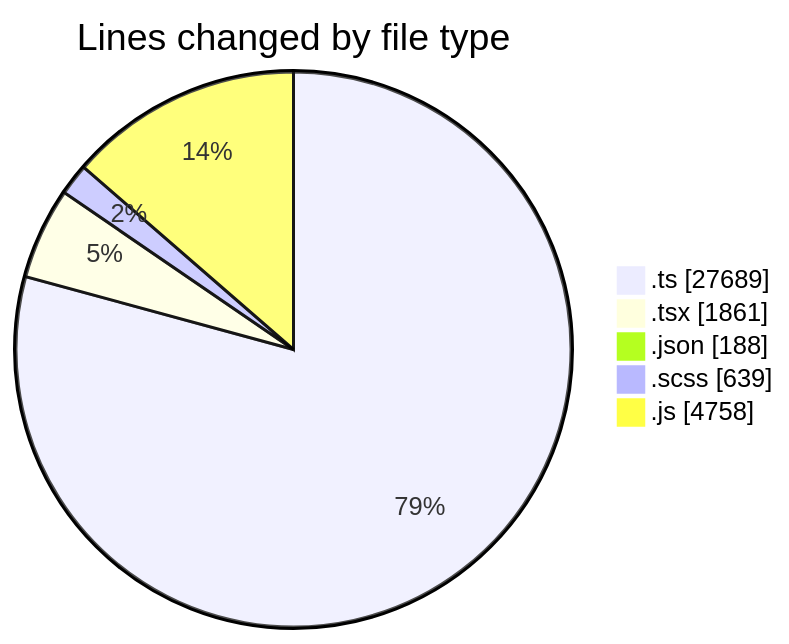
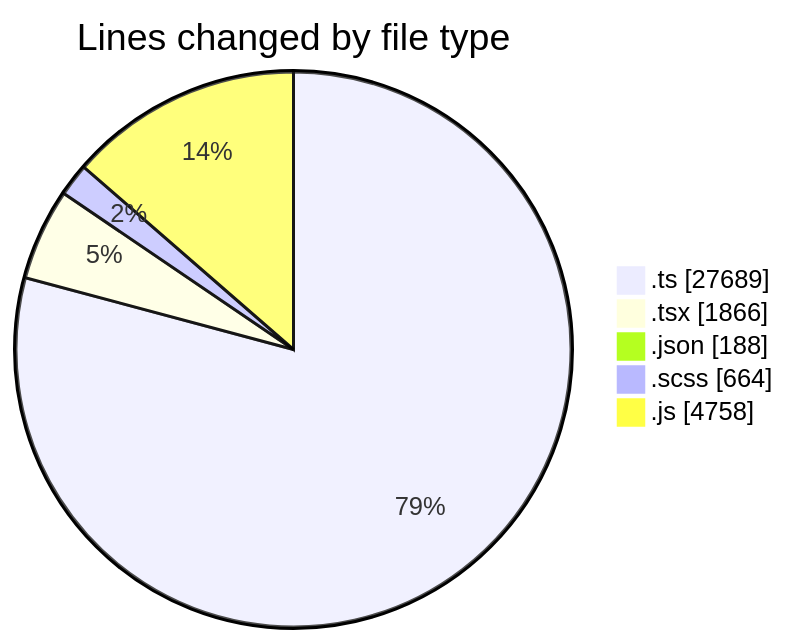
The first of 2 diagrams in 2026-05-07/cda/README.md (momahboobian/code-tracking), drawn with Mermaid before and after one commit. The commit also changed other lines of this file and 1 other file, not shown here.

````diff
--- a/2026-05-07/cda/README.md
+++ b/2026-05-07/cda/README.md
@@ -46,9 +46,9 @@
 ```mermaid
 pie showData
 title Lines changed by file type
 ".ts" : 27689
-".tsx" : 1861
+".tsx" : 1866
 ".json" : 188
-".scss" : 639
+".scss" : 664
 ".js" : 4758
 ```
````
